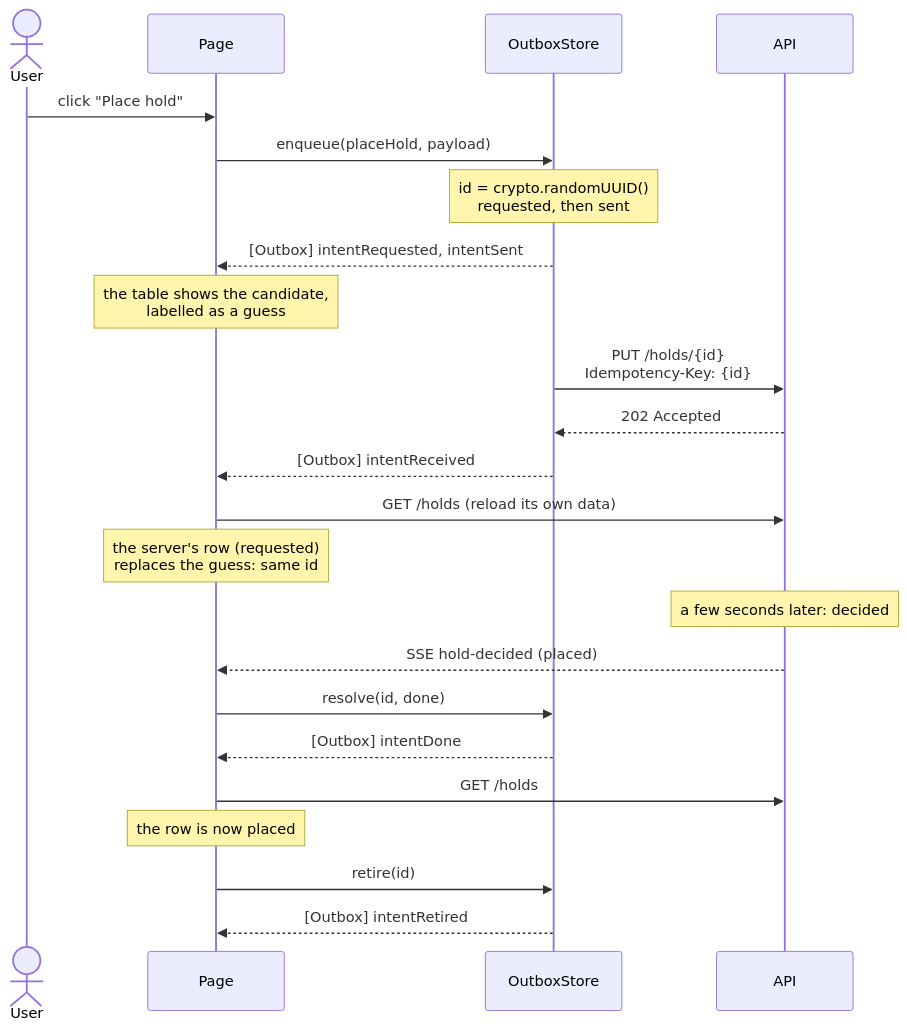
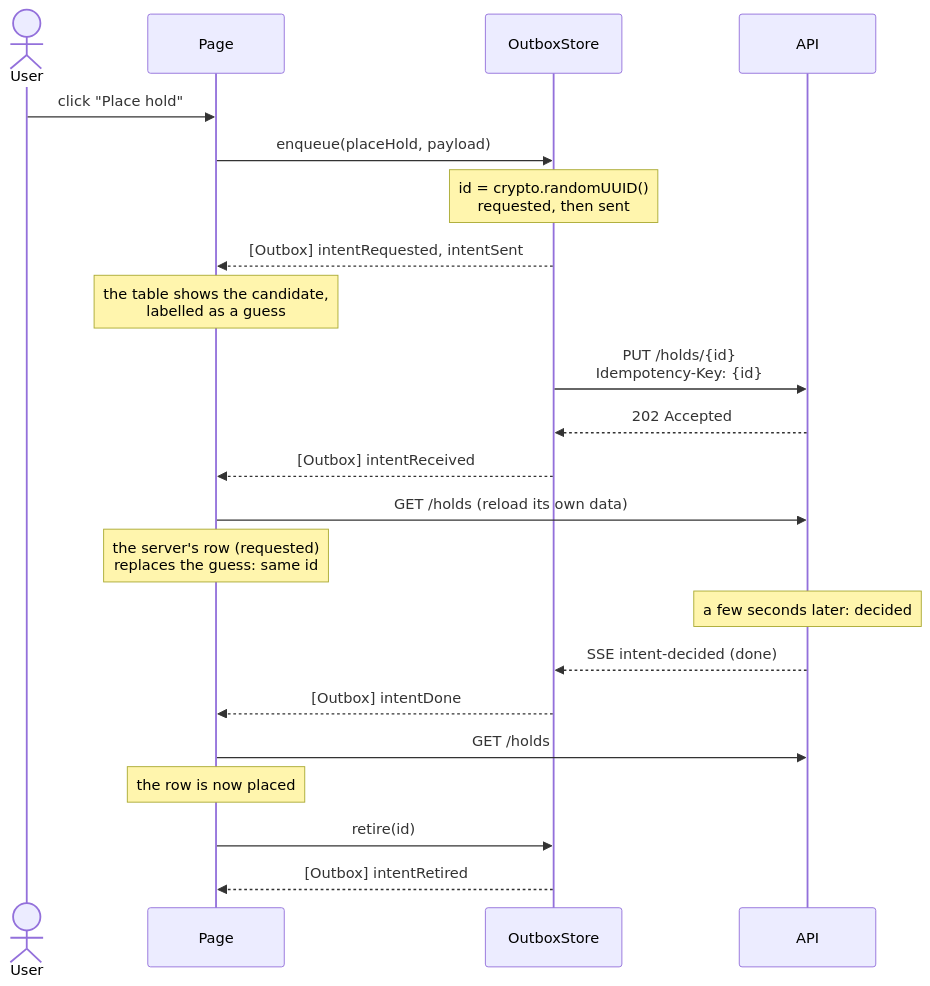
The second of 2 diagrams in client/angular/projects/outbox/README.md (hypertheory-labs/stellar-intents), drawn with Mermaid before and after one commit. The commit also changed other lines of this file and 1 other file, not shown here.

````diff
--- a/client/angular/projects/outbox/README.md
+++ b/client/angular/projects/outbox/README.md
@@ -66,26 +65,25 @@
 ```mermaid
 sequenceDiagram
     actor U as User
     participant P as Page
     participant O as OutboxStore
     participant A as API
 
     U->>P: click "Place hold"
     P->>O: enqueue(placeHold, payload)
     Note over O: id = crypto.randomUUID()<br/>requested, then sent
     O-->>P: [Outbox] intentRequested, intentSent
     Note over P: the table shows the candidate,<br/>labelled as a guess
     O->>A: PUT /holds/{id}<br/>Idempotency-Key: {id}
     A-->>O: 202 Accepted
     O-->>P: [Outbox] intentReceived
     P->>A: GET /holds (reload its own data)
     Note over P: the server's row (requested)<br/>replaces the guess: same id
     Note over A: a few seconds later: decided
-    A-->>P: SSE hold-decided (placed)
-    P->>O: resolve(id, done)
+    A-->>O: SSE intent-decided (done)
     O-->>P: [Outbox] intentDone
     P->>A: GET /holds
     Note over P: the row is now placed
     P->>O: retire(id)
     O-->>P: [Outbox] intentRetired
 ```
````
